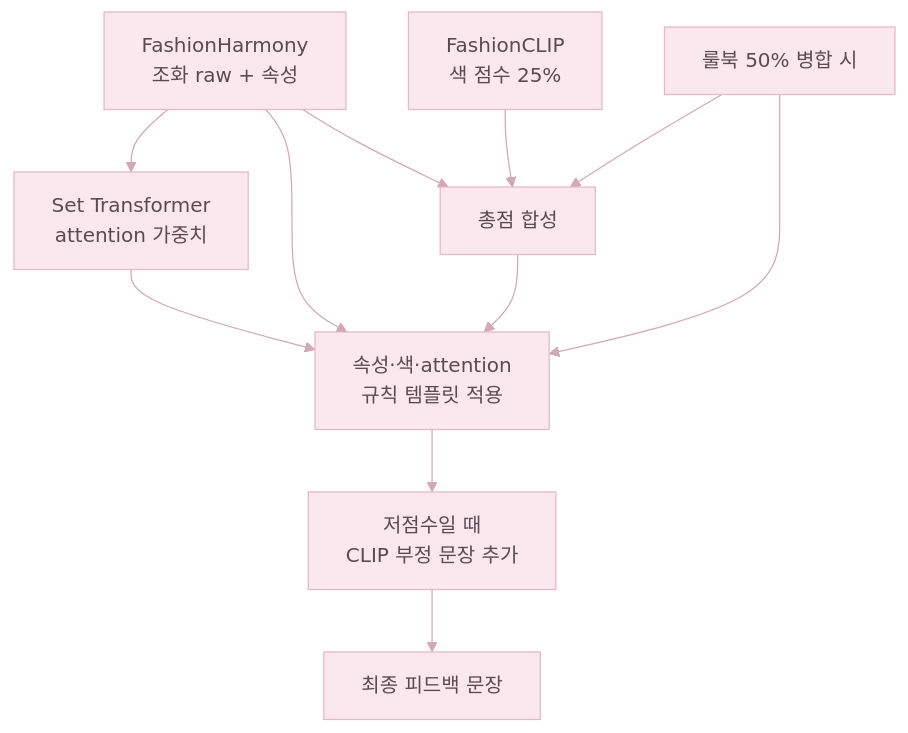
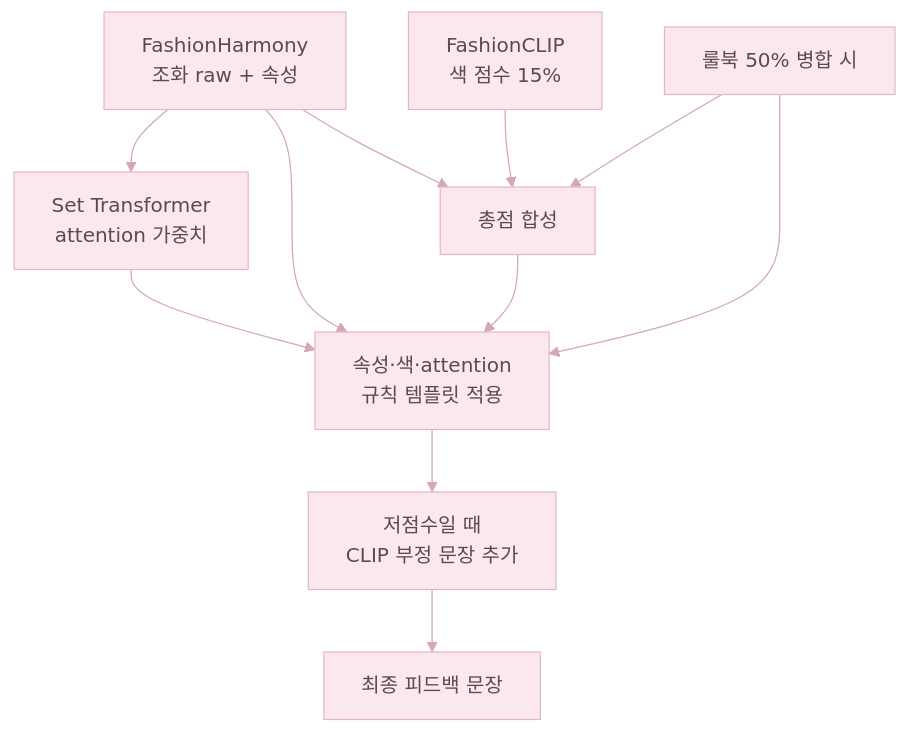
Before and after one commit to jinbaaaaaang/huwari: diagram 12 of 12 in README.md, drawn with Mermaid. The commit also changed other lines of this file and 2 other files, not shown here.

Commit message:
feat: FashionHarmony/FashionCLIP 비율 75/25 → 85/15 최적화 및 README 반영

````diff
--- a/README.md
+++ b/README.md
@@ -1040,20 +1061,20 @@
 ```mermaid
 %%{init: {'theme': 'base', 'themeVariables': {'primaryColor':'#F4D4DC','primaryTextColor':'#5C4A52','primaryBorderColor':'#E5B8C4','lineColor':'#D4A8B6','secondaryColor':'#FFF6EC','tertiaryColor':'#FFFBF6','background':'#FFFBF7','mainBkg':'#FAE8EE','clusterBkg':'#FFF5EB','clusterBorder':'#EBC4CF','edgeLabelBackground':'#FFFBF7','fontFamily':'inherit'}}}%%
 flowchart TB
   FH["FashionHarmony<br/>조화 raw + 속성"]
   ATN["Set Transformer<br/>attention 가중치"]
-  FC["FashionCLIP<br/>색 점수 25%"]
+  FC["FashionCLIP<br/>색 점수 15%"]
   RB["룰북 50% 병합 시"]
   GE["속성·색·attention<br/>규칙 템플릿 적용"]
   CLIP_FB["저점수일 때<br/>CLIP 부정 문장 추가"]
   OUT["최종 피드백 문장"]
 
   FH --> ATN --> GE
   FH --> GE
   FC --> SC["총점 합성"]
   RB --> SC
   FH --> SC
   SC --> GE
   RB --> GE
   GE --> CLIP_FB --> OUT
 ```
````
